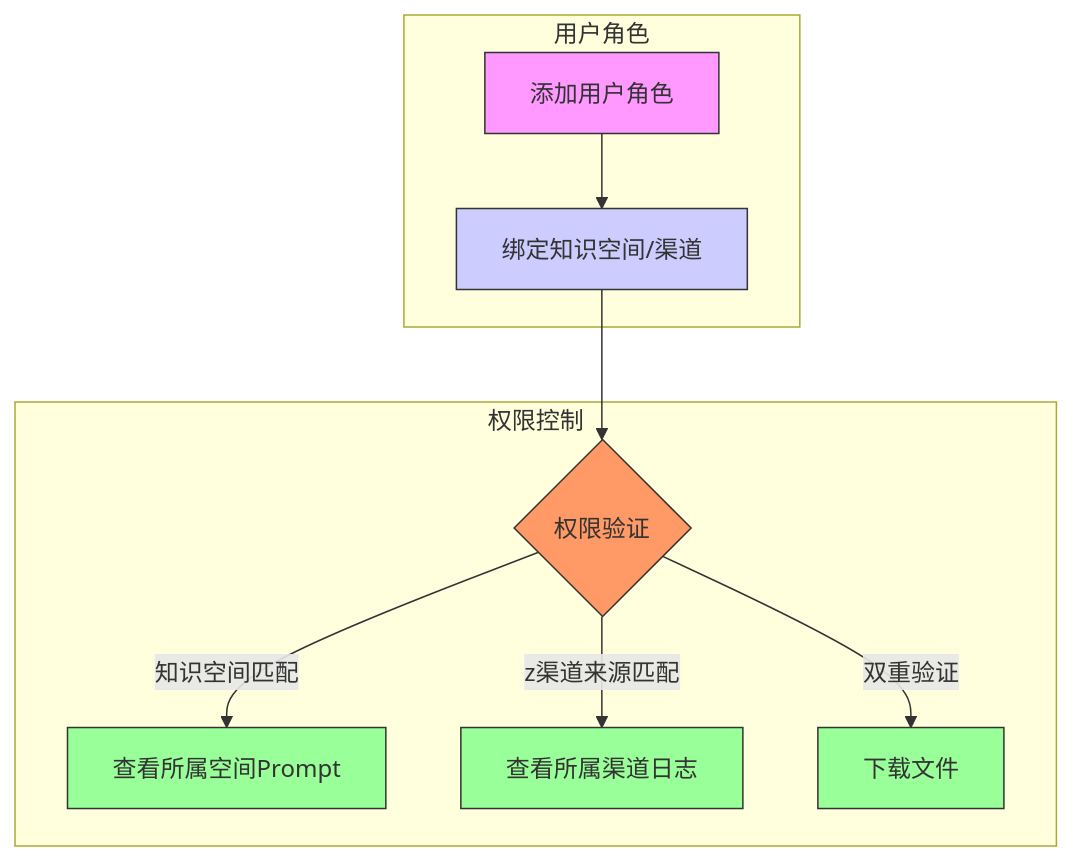
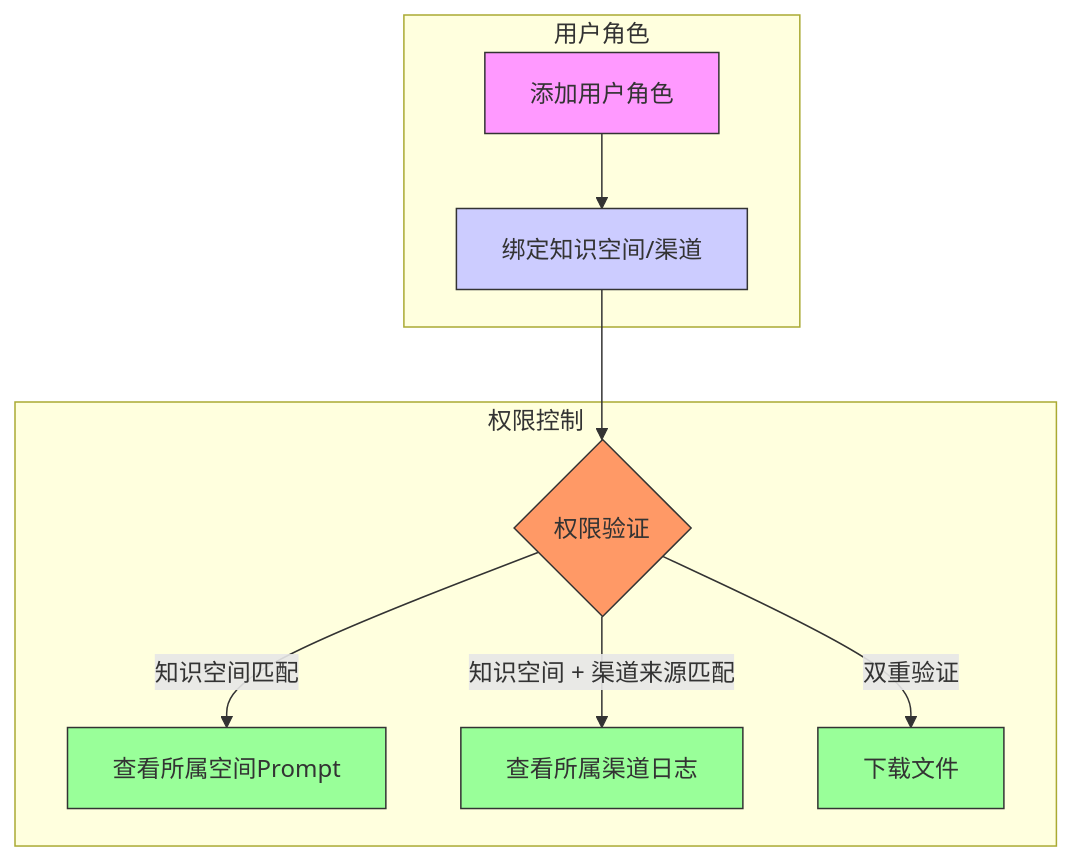
Before and after one commit to funnyData/iodraw-files: the diagram in all/未命名-2.md, drawn with Mermaid.

Commit message:
2025-03-11 19:22:11 update

````diff
--- a/all/未命名-2.md
+++ b/all/未命名-2.md
@@ -1,20 +1,20 @@
 ```mermaid
 flowchart TD
     subgraph 用户角色
         A[添加用户角色] --> B[绑定知识空间/渠道]
     end
 
     subgraph 权限控制
         B --> F{权限验证}
         F -->|知识空间匹配| C[查看所属空间Prompt]
-        F -->|z渠道来源匹配| D[查看所属渠道日志]
+        F -->|知识空间 + 渠道来源匹配| D[查看所属渠道日志]
         F -->|双重验证| E[下载文件]
     end
 
     style A fill:#f9f,stroke:#333
     style B fill:#ccf,stroke:#333
     style F fill:#f96,stroke:#333
     style C fill:#9f9,stroke:#333
     style D fill:#9f9,stroke:#333
     style E fill:#9f9,stroke:#333
 ```
````
